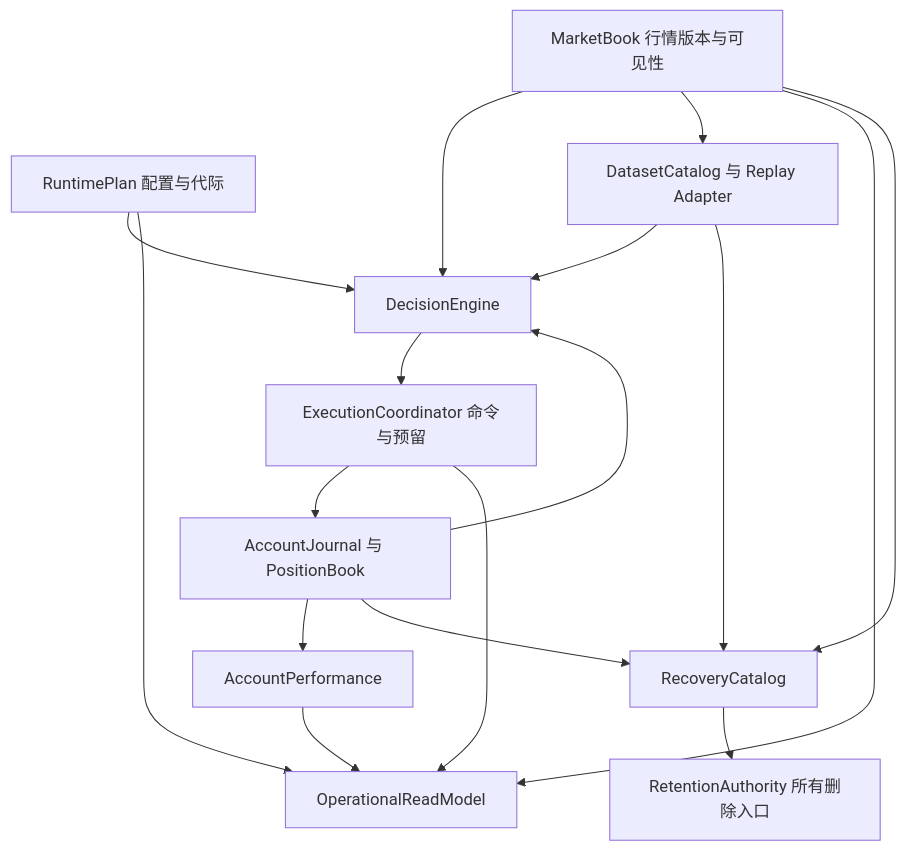
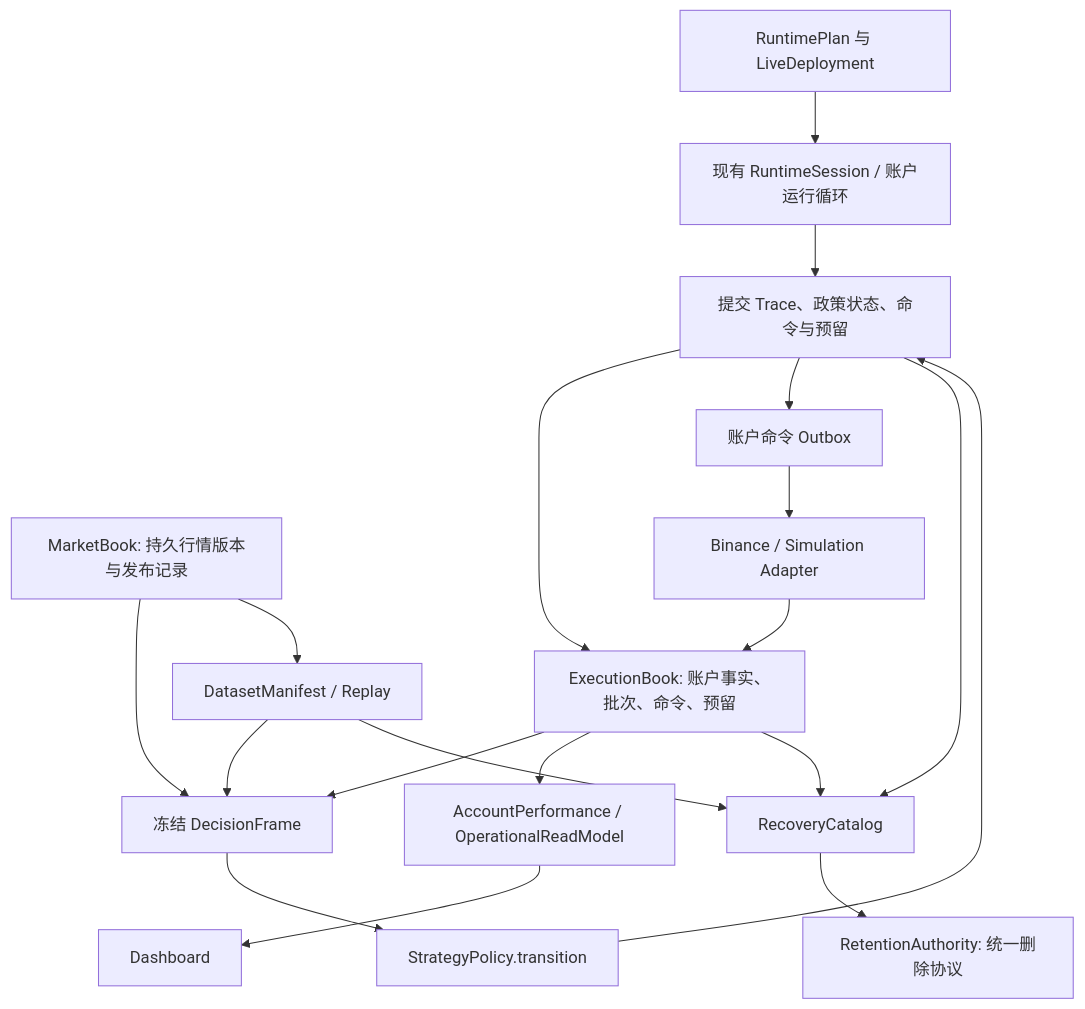
The first of 2 diagrams in docs/architecture/system-refactor-blueprint-20260925.md (miracle-zs/crypto-momentum-lab), drawn with Mermaid before and after one commit. The commit also changed other lines of this file and 31 other files, not shown here.

First line of the commit message:
feat(execution): implement ExecutionBook service and Phase 1A architecture refactor

````diff
--- a/docs/architecture/system-refactor-blueprint-20260925.md
+++ b/docs/architecture/system-refactor-blueprint-20260925.md
@@ -91,19 +185,21 @@
 ```mermaid
 flowchart TB
-  CFG[RuntimePlan 配置与代际] --> D[DecisionEngine]
-  M[MarketBook 行情版本与可见性] --> D
-  A[AccountJournal 与 PositionBook] --> D
-  D --> X[ExecutionCoordinator 命令与预留]
-  X --> A
-  M --> R[DatasetCatalog 与 Replay Adapter]
-  R --> D
-  A --> P[AccountPerformance]
-  P --> Q[OperationalReadModel]
-  X --> Q
-  M --> Q
-  CFG --> Q
-  M --> K[RecoveryCatalog]
-  A --> K
-  R --> K
-  K --> T[RetentionAuthority 所有删除入口]
+  PLAN[RuntimePlan 与 LiveDeployment] --> RUN[现有 RuntimeSession / 账户运行循环]
+  MARKET[MarketBook: 持久行情版本与发布记录] --> FRAME[冻结 DecisionFrame]
+  ACCOUNT[ExecutionBook: 账户事实、批次、命令、预留] --> FRAME
+  FRAME --> POLICY[StrategyPolicy.transition]
+  POLICY --> COMMIT[提交 Trace、政策状态、命令与预留]
+  COMMIT --> ACCOUNT
+  COMMIT --> OUTBOX[账户命令 Outbox]
+  OUTBOX --> ADAPTER[Binance / Simulation Adapter]
+  ADAPTER --> ACCOUNT
+  MARKET --> DATA[DatasetManifest / Replay]
+  DATA --> FRAME
+  ACCOUNT --> METRIC[AccountPerformance / OperationalReadModel]
+  METRIC --> UI[Dashboard]
+  COMMIT --> RECOVERY[RecoveryCatalog]
+  DATA --> RECOVERY
+  ACCOUNT --> RECOVERY
+  RECOVERY --> RETENTION[RetentionAuthority: 统一删除协议]
+  RUN --> COMMIT
 ```
````
